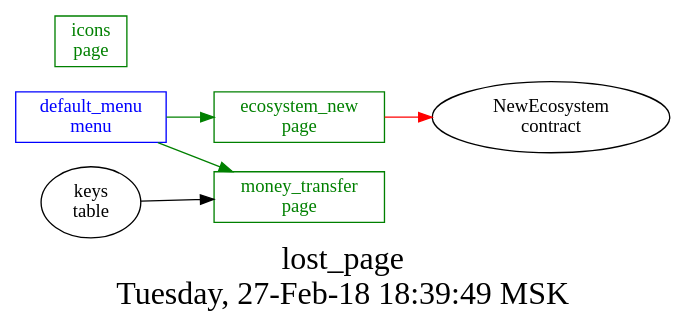
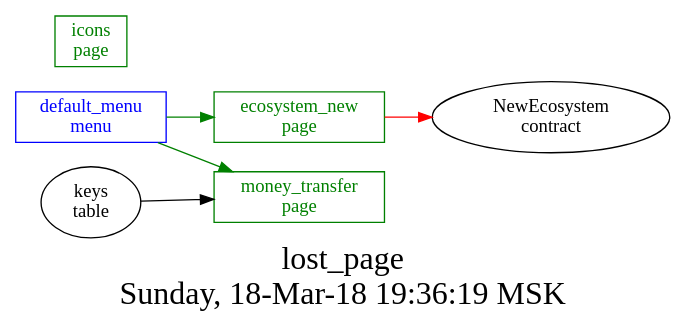
The diagram in src/lost_pages/struct.dot (AplaProject/apps), drawn with Graphviz before and after one commit. The commit also changed 2 other files, not shown here.

```diff
--- a/src/lost_pages/struct.dot
+++ b/src/lost_pages/struct.dot
@@ -1,18 +1,18 @@
 digraph G {
 graph [
   fontsize="24";
-  label="lost_page\nTuesday, 27-Feb-18 18:39:49 MSK";
+  label="lost_page\nSunday, 18-Mar-18 19:36:19 MSK";
   nojustify=true;
   ordering=out;
   rankdir=LR;
   size="30";
 ];
 "default_menu\nmenu" -> "ecosystem_new\npage"  [ color=green ]
 "default_menu\nmenu" -> "money_transfer\npage"  [ color=green ]
 "default_menu\nmenu" [color=blue, fontcolor=blue, group=menus, shape=record];
 "ecosystem_new\npage" -> "NewEcosystem\ncontract"  [ color=red ]
 "ecosystem_new\npage" [color=green, fontcolor=green, group=pages, shape=record];
 "icons\npage" [color=green, fontcolor=green, group=pages, shape=record];
 "keys\ntable" -> "money_transfer\npage"  [ color="" ]
 "money_transfer\npage" [color=green, fontcolor=green, group=pages, shape=record];
 }
```
